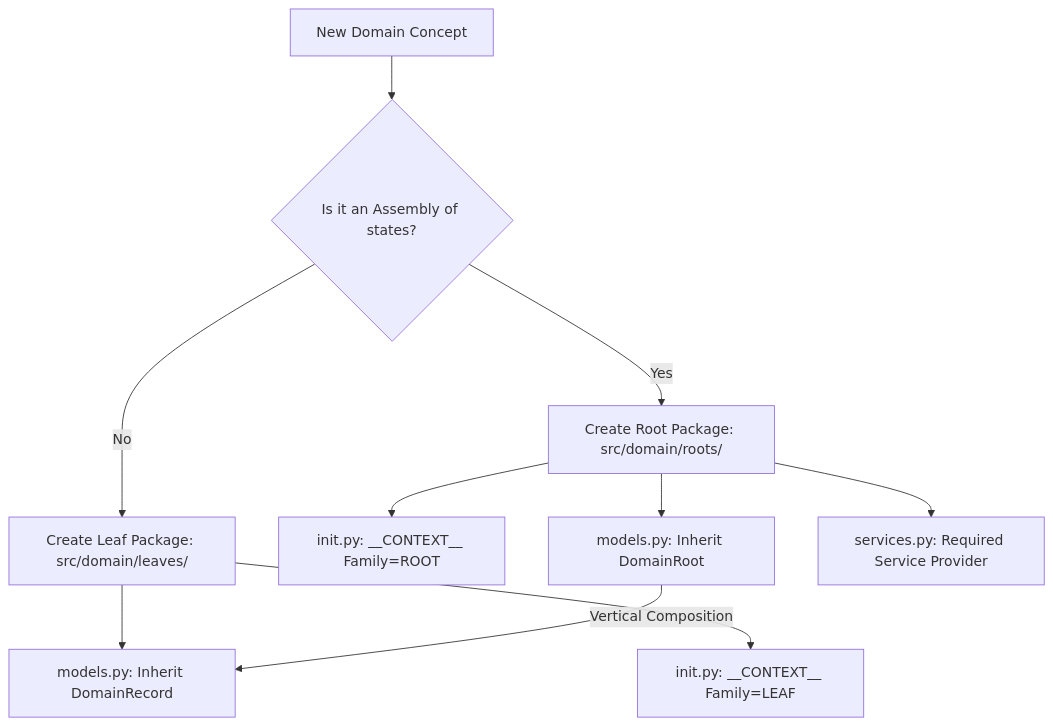
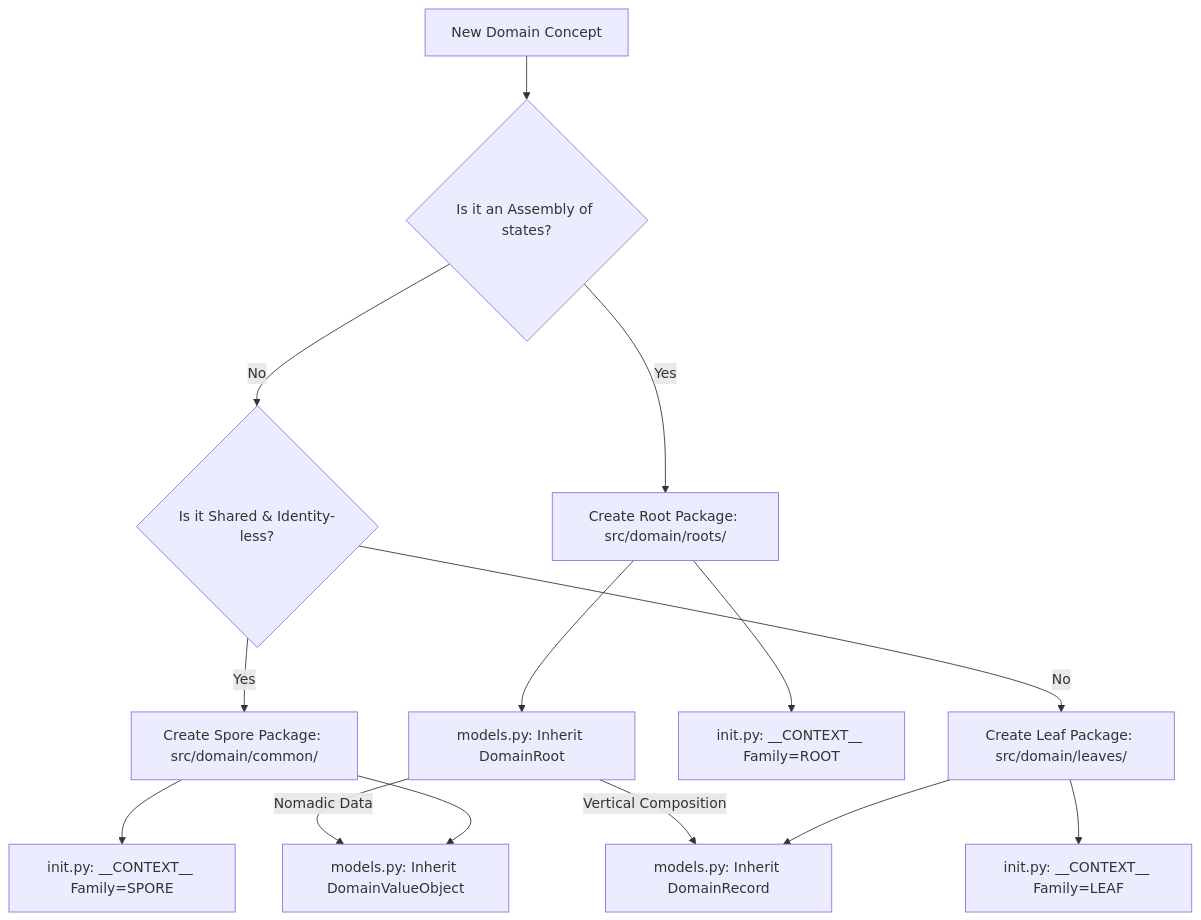
One commit to mnaatjes/oregon-trail-clone changed the diagram in docs/explanation/design/domain_package_entity.md. Above: the diagram before and after it, drawn with Mermaid. The commit also changed other lines of this file and 4 other files, not shown here.

Commit message:
(docs #41) crearted ADR for Identity Registry and github issue #43; (docs #41) updated domain_context docs to add SPOR enum

````diff
--- a/docs/explanation/design/domain_package_entity.md
+++ b/docs/explanation/design/domain_package_entity.md
@@ -44,16 +44,22 @@
 ```mermaid
 graph TD
     Start[New Domain Concept] --> Q1{Is it an Assembly of states?}
     
     Q1 -- Yes --> Root[Create Root Package: src/domain/roots/]
-    Q1 -- No --> Leaf[Create Leaf Package: src/domain/leaves/]
+    Q1 -- No --> Q2{Is it Shared & Identity-less?}
+    
+    Q2 -- Yes --> Spore[Create Spore Package: src/domain/common/]
+    Q2 -- No --> Leaf[Create Leaf Package: src/domain/leaves/]
     
     Root --> R_Init[init.py: __CONTEXT__ Family=ROOT]
     Root --> R_Model[models.py: Inherit DomainRoot]
-    Root --> R_Service[services.py: Required Service Provider]
     
     Leaf --> L_Init[init.py: __CONTEXT__ Family=LEAF]
     Leaf --> L_Model[models.py: Inherit DomainRecord]
     
+    Spore --> S_Init[init.py: __CONTEXT__ Family=SPORE]
+    Spore --> S_Model[models.py: Inherit DomainValueObject]
+    
     R_Model -- "Vertical Composition" --> L_Model
+    R_Model -- "Nomadic Data" --> S_Model
 ```
````
